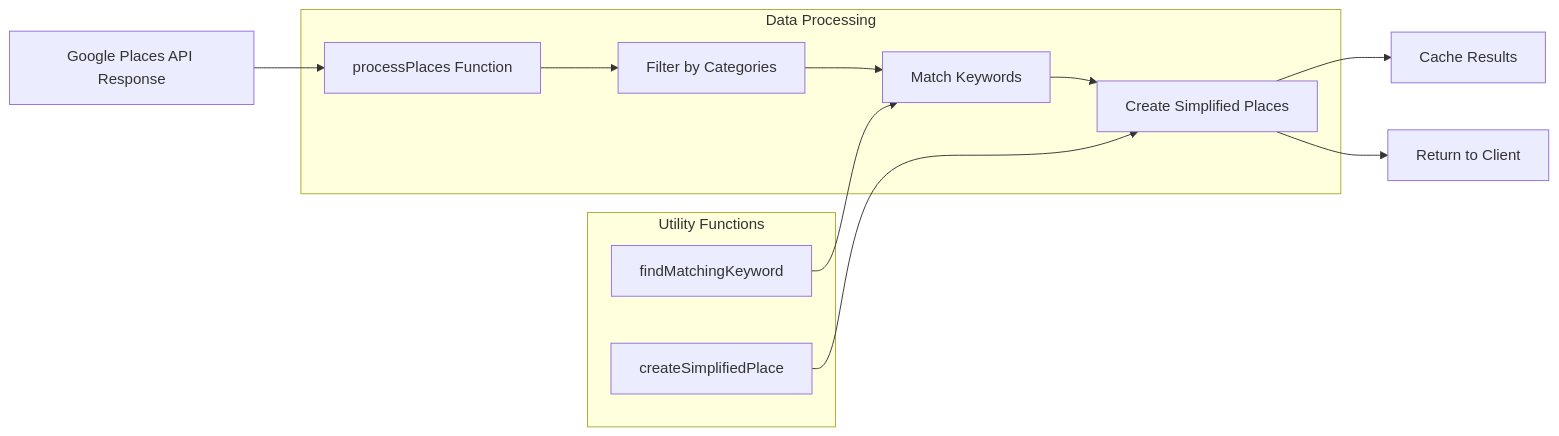
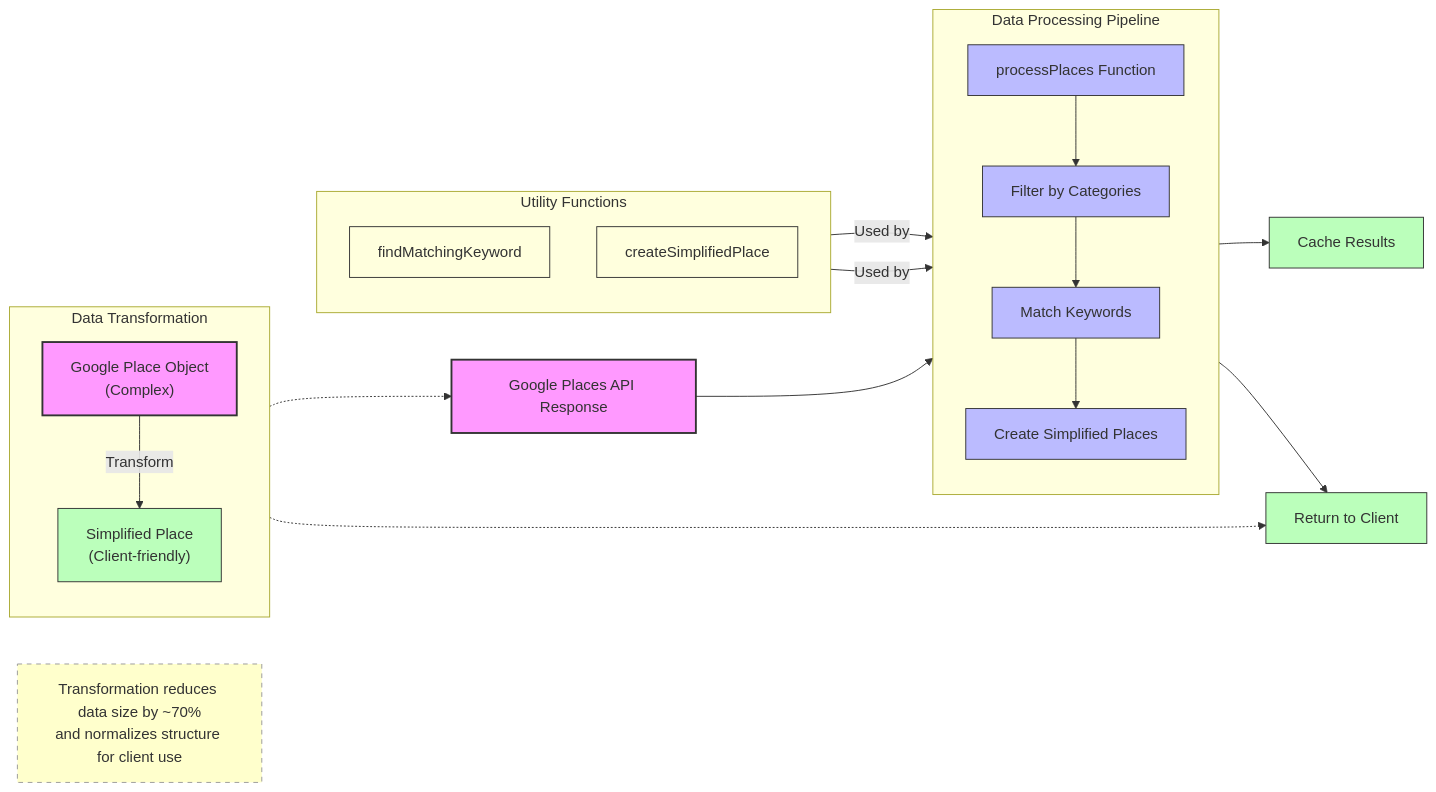
Before and after one commit to sotomaque/emoji-map-next: the fourth of 6 diagrams in README.md, drawn with Mermaid. The commit also changed other lines of this file and 18 other files, not shown here.

````diff
--- a/README.md
+++ b/README.md
@@ -328,18 +400,47 @@
 ```mermaid
 flowchart LR
-    A[Google Places API Response] --> B[processPlaces Function]
+    %% Places Data Processing Diagram
+    %% Shows how place data is processed from API to client
     
-    subgraph Data Processing
-    B --> C[Filter by Categories]
-    C --> D[Match Keywords]
-    D --> E[Create Simplified Places]
+    %% Define styles
+    classDef input fill:#f9f,stroke:#333,stroke-width:2px
+    classDef process fill:#bbf,stroke:#333,stroke-width:1px
+    classDef output fill:#bfb,stroke:#333,stroke-width:1px
+    classDef utility fill:#ffd,stroke:#333,stroke-width:1px
+    
+    %% Input data
+    A[Google Places API Response]:::input --> B[processPlaces Function]:::process
+    
+    %% Main processing steps
+    subgraph "Data Processing Pipeline"
+        direction TB
+        B --> C[Filter by Categories]:::process
+        C --> D[Match Keywords]:::process
+        D --> E[Create Simplified Places]:::process
     end
     
-    E --> F[Cache Results]
-    E --> G[Return to Client]
+    %% Output destinations
+    E --> F[Cache Results]:::output
+    E --> G[Return to Client]:::output
     
-    subgraph Utility Functions
-    H[findMatchingKeyword] --> D
-    I[createSimplifiedPlace] --> E
+    %% Utility functions
+    subgraph "Utility Functions"
+        direction TB
+        H[findMatchingKeyword]:::utility --> |Used by| D
+        I[createSimplifiedPlace]:::utility --> |Used by| E
     end
+    
+    %% Add data transformation examples
+    subgraph "Data Transformation"
+        direction TB
+        J["Google Place Object<br>(Complex)"]:::input --> |Transform| K["Simplified Place<br>(Client-friendly)"]:::output
+    end
+    
+    %% Add a note about the transformation
+    note["Transformation reduces data size by ~70%<br>and normalizes structure for client use"]
+    style note fill:#ffffcc,stroke:#999,stroke-width:1px,stroke-dasharray: 5 5
+    
+    %% Connect the transformation to the main flow
+    J -.-> A
+    K -.-> G
 ```
````
